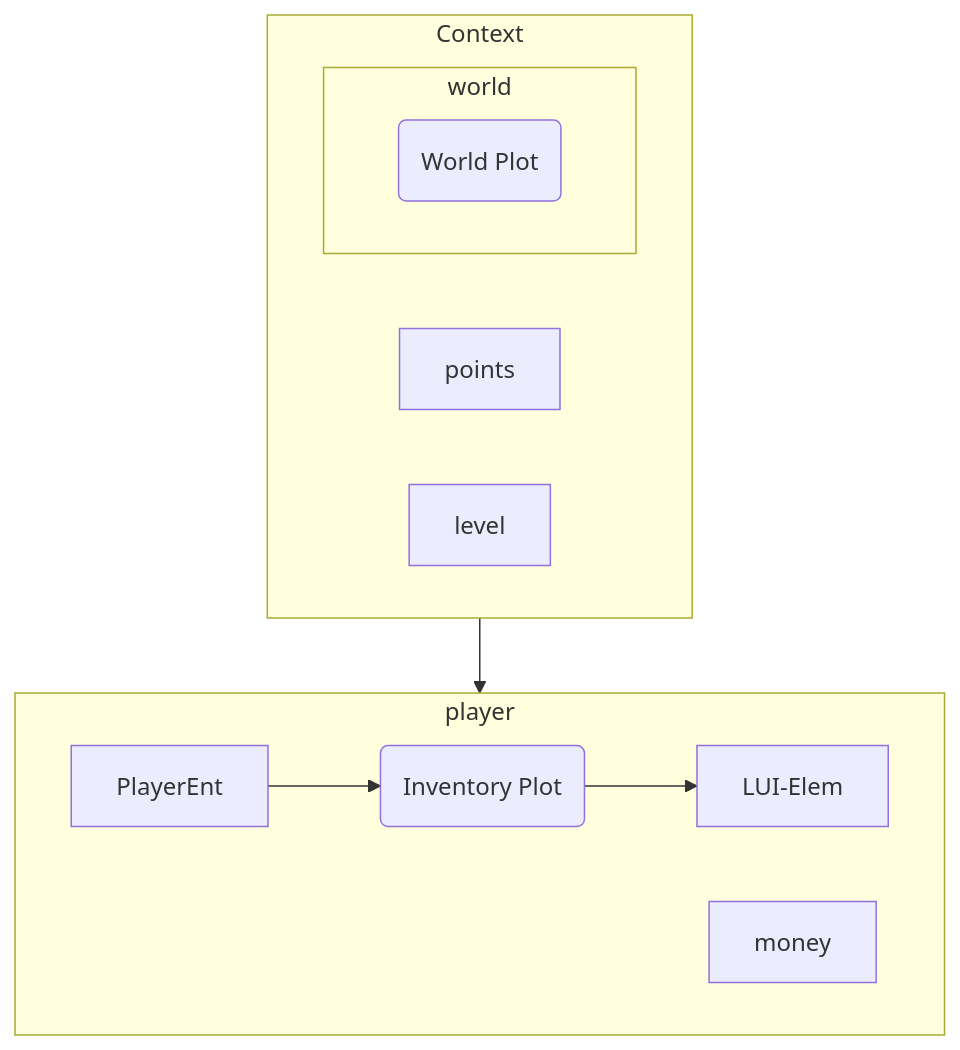
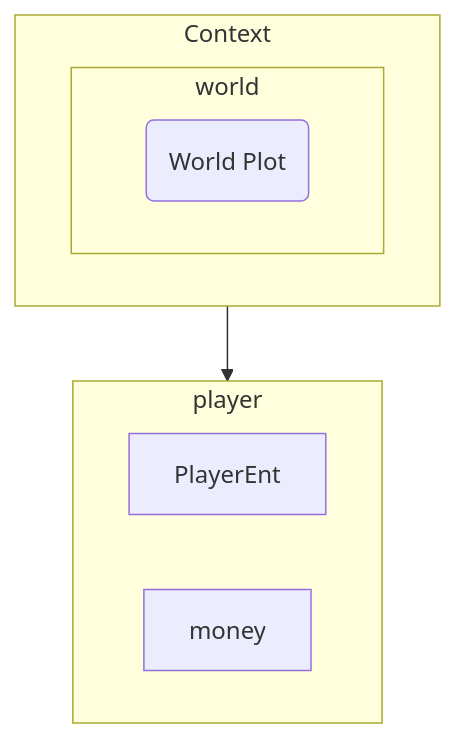
Before and after one commit to UntitledModGame/umg-mods: the second of 4 diagrams in lootplot/ARCHITECTURE.md, drawn with Mermaid. The commit also changed other lines of this file and 5 other files, not shown here.

````diff
--- a/lootplot/ARCHITECTURE.md
+++ b/lootplot/ARCHITECTURE.md
@@ -5,22 +55,17 @@
 ```mermaid
 
 graph TD
     subgraph Context
-        points
-        level
         world
     end
     Context --> player
 
     subgraph world
         WorldPlot(World Plot)
     end
     subgraph player
         PlayerEnt
-        PlayerEnt --> InventoryPlot
-        InventoryPlot --> LUI-Elem
-        InventoryPlot(Inventory Plot)
         money
     end
 
 ```
````
